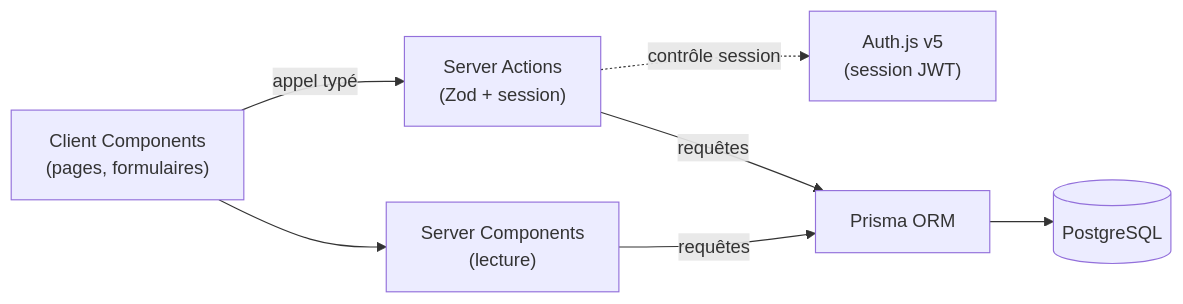
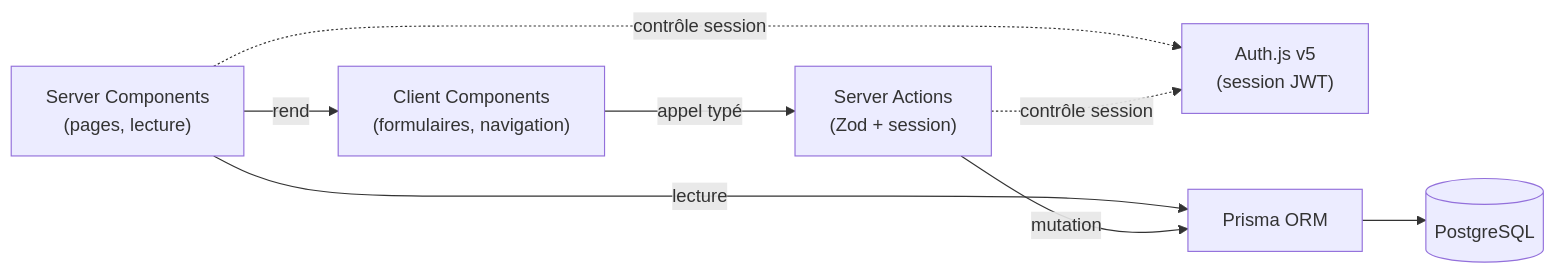
Before and after one commit to Charles-BARDIN/DFSJS-Prenez-en-charge-le-d-veloppement-d-une-application-full-stack-JavaScript-compl-te: the first of 2 diagrams in DOCUMENTATION.md, drawn with Mermaid. The commit also changed other lines of this file, not shown here.

````diff
--- a/DOCUMENTATION.md
+++ b/DOCUMENTATION.md
@@ -75,16 +75,17 @@
 ```mermaid
 flowchart LR
-    UI["Client Components<br/>(pages, formulaires)"]
-    RSC["Server Components<br/>(lecture)"]
+    RSC["Server Components<br/>(pages, lecture)"]
+    UI["Client Components<br/>(formulaires, navigation)"]
     SA["Server Actions<br/>(Zod + session)"]
     AUTH["Auth.js v5<br/>(session JWT)"]
     ORM["Prisma ORM"]
     DB[("PostgreSQL")]
 
+    RSC -->|"rend"| UI
     UI -->|"appel typé"| SA
-    UI --> RSC
-    RSC -->|"requêtes"| ORM
-    SA -->|"requêtes"| ORM
+    RSC -->|"lecture"| ORM
+    SA -->|"mutation"| ORM
+    RSC -.->|"contrôle session"| AUTH
     SA -.->|"contrôle session"| AUTH
     ORM --> DB
 ```
````
